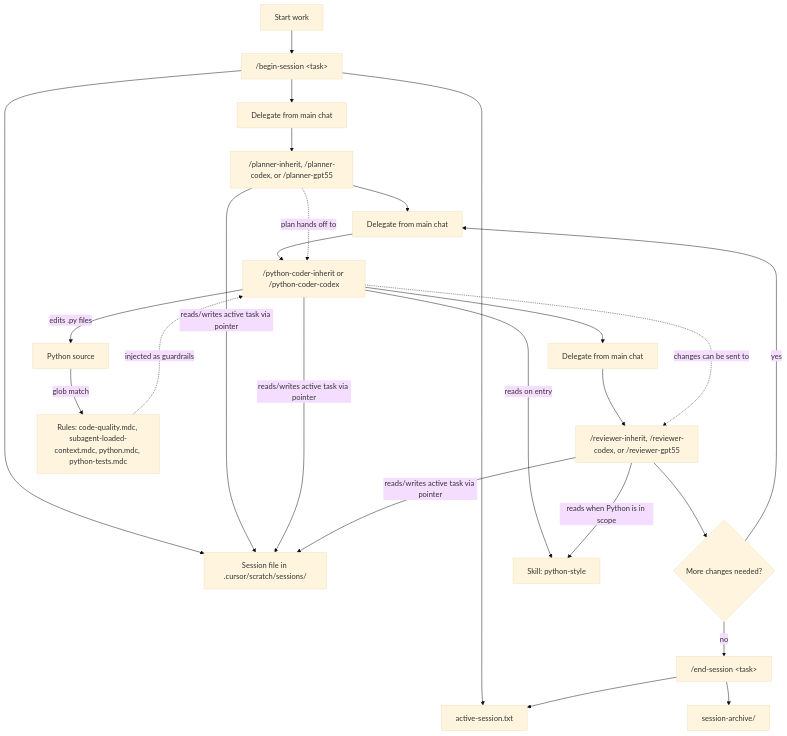
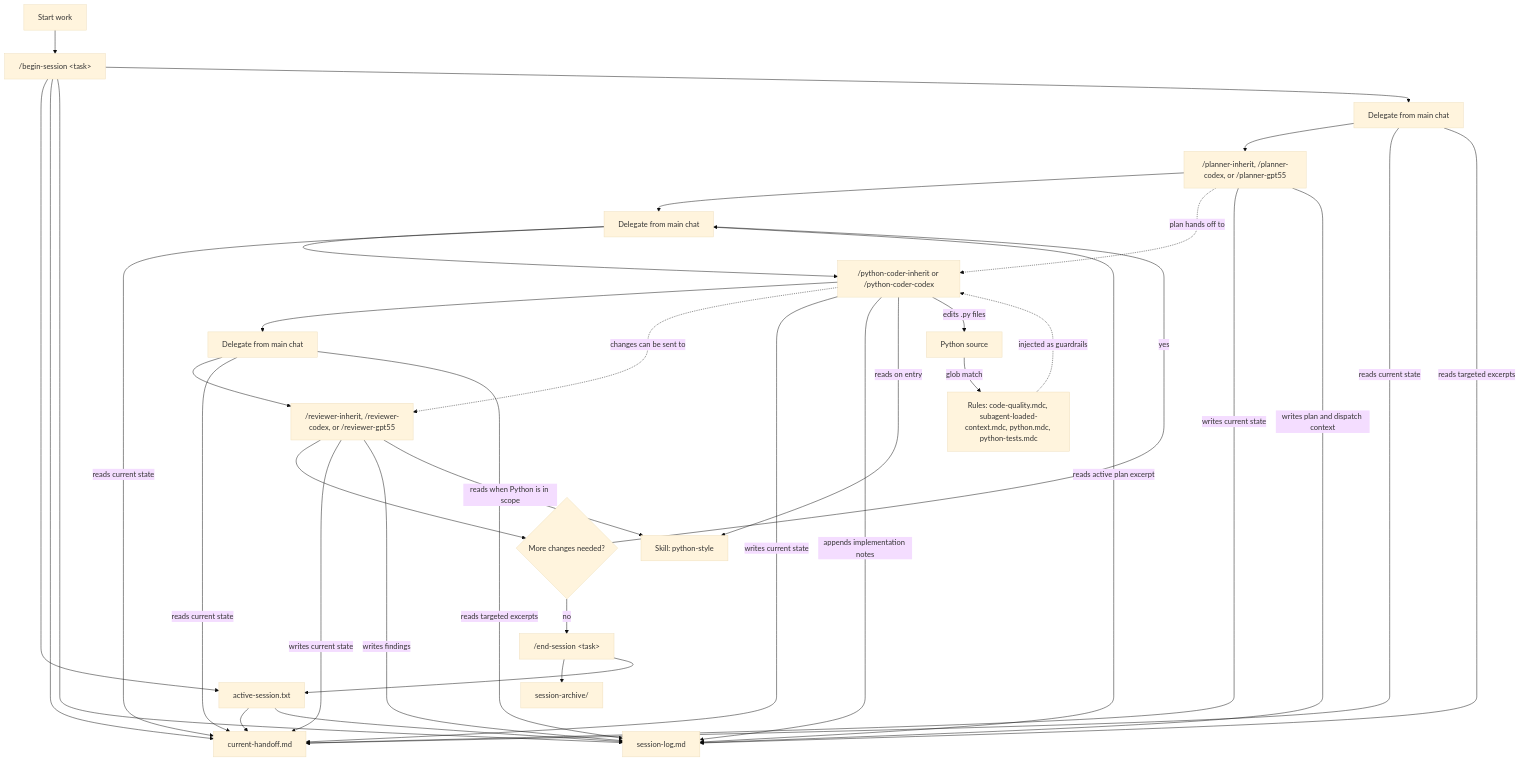
The diagram in README.md (aaroncouch/CouchPilot), drawn with Mermaid (base theme) before and after one commit. The commit also changed other lines of this file and 11 other files, not shown here.

Commit message:
Split session handoff from session log.

````diff
--- a/README.md
+++ b/README.md
@@ -235,27 +243,39 @@
 ```mermaid
 flowchart TD
   start["Start work"] --> begin["/begin-session &lt;task&gt;"]
   begin --> pointer["active-session.txt"]
-  begin --> session["Session file in .cursor/scratch/sessions/"]
+  pointer --> handoff["current-handoff.md"]
+  pointer --> logFile["session-log.md"]
+  begin --> handoff
+  begin --> logFile
   begin --> delegatePlan["Delegate from main chat"]
   delegatePlan --> plan["/planner-inherit, /planner-codex, or /planner-gpt55"]
   plan --> delegateCode["Delegate from main chat"]
   delegateCode --> code["/python-coder-inherit or /python-coder-codex"]
   code --> delegateReview["Delegate from main chat"]
   delegateReview --> review["/reviewer-inherit, /reviewer-codex, or /reviewer-gpt55"]
   review --> iterate{"More changes needed?"}
   iterate -- yes --> delegateCode
   iterate -- no --> endcmd["/end-session &lt;task&gt;"]
   plan -.->|"plan hands off to"| code
   code -.->|"changes can be sent to"| review
-  plan -->|"reads/writes active task via pointer"| session
-  code -->|"reads/writes active task via pointer"| session
-  review -->|"reads/writes active task via pointer"| session
+  delegatePlan -->|"reads current state"| handoff
+  delegatePlan -->|"reads targeted excerpts"| logFile
+  delegateCode -->|"reads current state"| handoff
+  delegateCode -->|"reads active plan excerpt"| logFile
+  delegateReview -->|"reads current state"| handoff
+  delegateReview -->|"reads targeted excerpts"| logFile
+  plan -->|"writes current state"| handoff
+  plan -->|"writes plan and dispatch context"| logFile
+  code -->|"writes current state"| handoff
+  code -->|"appends implementation notes"| logFile
+  review -->|"writes current state"| handoff
+  review -->|"writes findings"| logFile
   code -->|"reads on entry"| skill["Skill: python-style"]
   review -->|"reads when Python is in scope"| skill
   code -->|"edits .py files"| files["Python source"]
   files -->|"glob match"| rules["Rules: code-quality.mdc, subagent-loaded-context.mdc, python.mdc, python-tests.mdc"]
   rules -.->|"injected as guardrails"| code
   endcmd --> archive["session-archive/"]
   endcmd --> pointer
 ```
````
